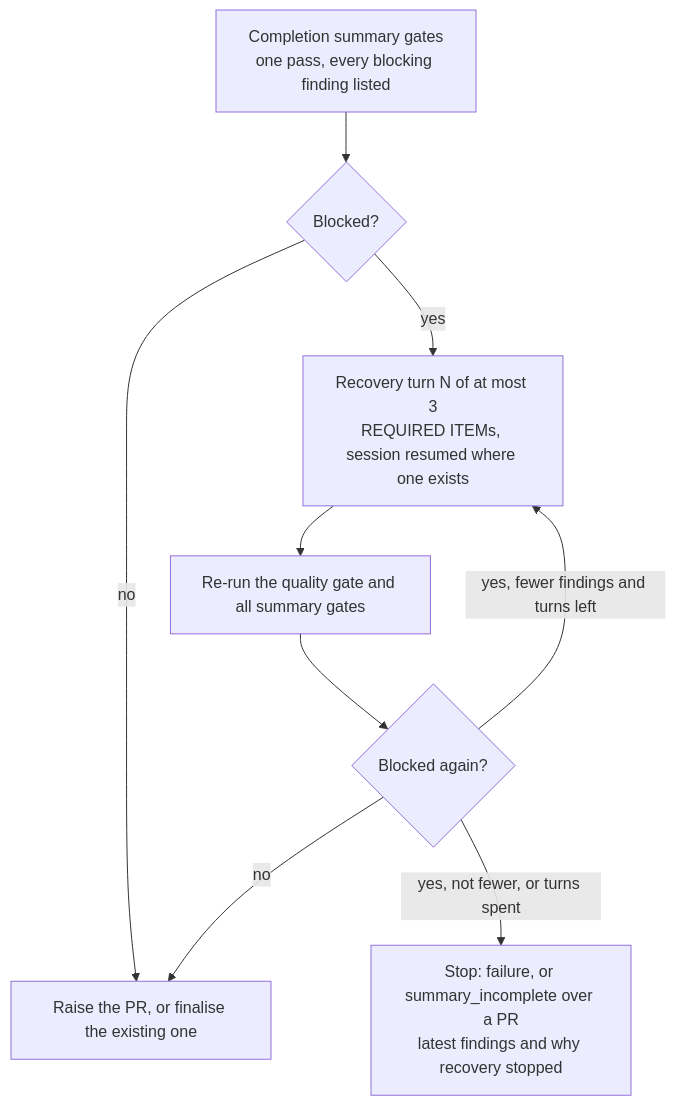
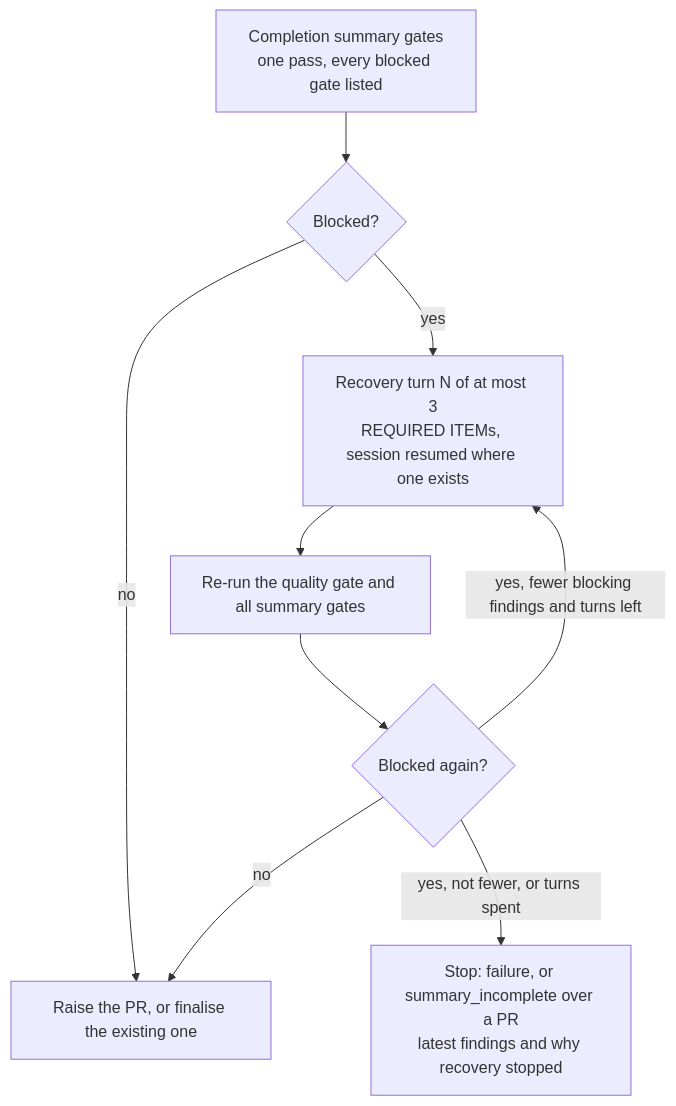
One commit to stSoftwareAU/VibeCoder changed diagram 23 of 26 in docs/workflows/issue-processing.md. Above: the diagram before and after it, drawn with Mermaid. The commit also changed other lines of this file and 24 other files, not shown here.

````diff
--- a/docs/workflows/issue-processing.md
+++ b/docs/workflows/issue-processing.md
@@ -2880,11 +2886,11 @@
 ```mermaid
 flowchart TD
-    G["Completion summary gates<br/>one pass, every blocking finding listed"] --> B{"Blocked?"}
+    G["Completion summary gates<br/>one pass, every blocked gate listed"] --> B{"Blocked?"}
     B -- "no" --> P["Raise the PR, or finalise the existing one"]
     B -- "yes" --> T["Recovery turn N of at most 3<br/>REQUIRED ITEMs, session resumed where one exists"]
     T --> R["Re-run the quality gate and all summary gates"]
     R --> F{"Blocked again?"}
     F -- "no" --> P
-    F -- "yes, fewer findings and turns left" --> T
+    F -- "yes, fewer blocking findings and turns left" --> T
     F -- "yes, not fewer, or turns spent" --> S["Stop: failure, or summary_incomplete over a PR<br/>latest findings and why recovery stopped"]
 ```
````
